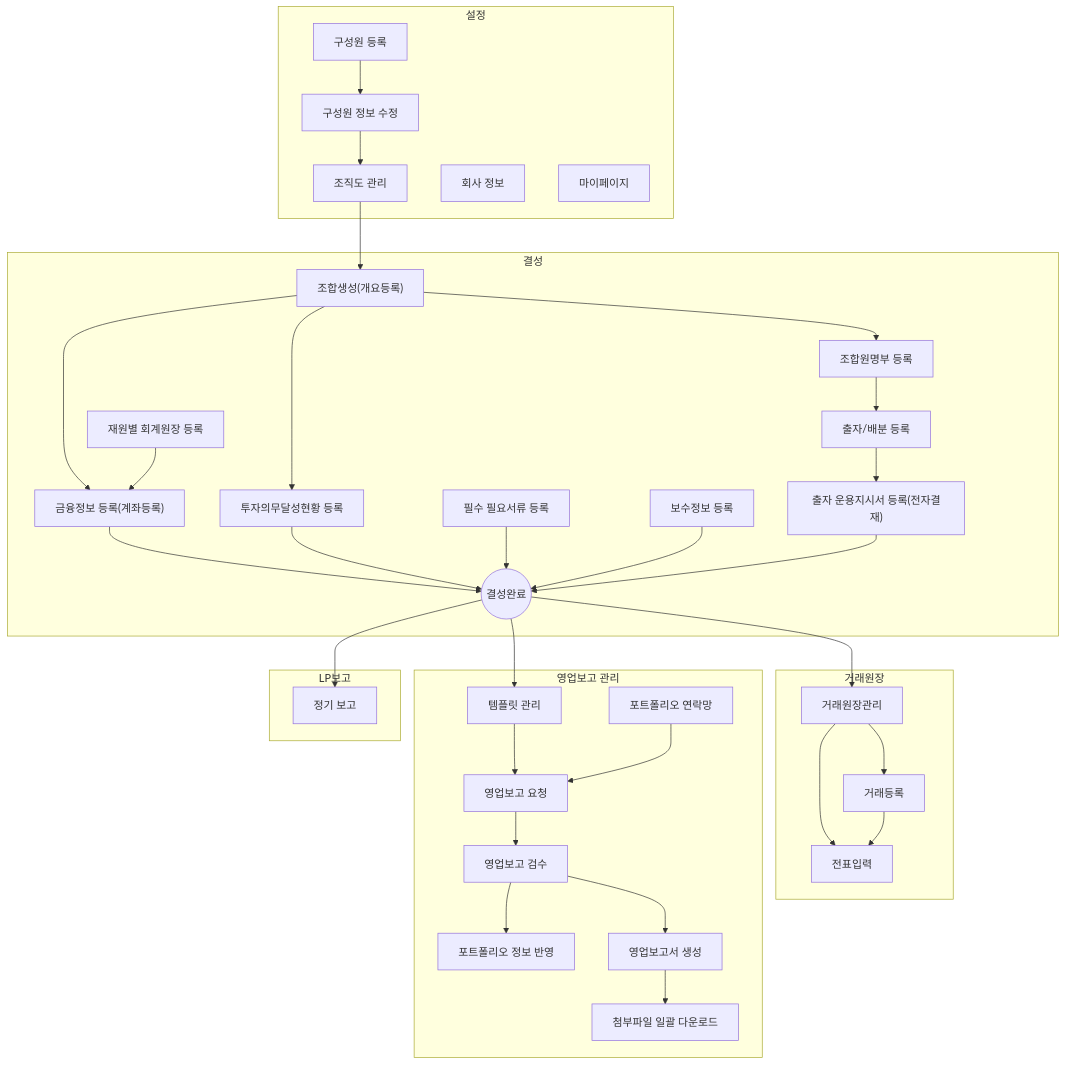
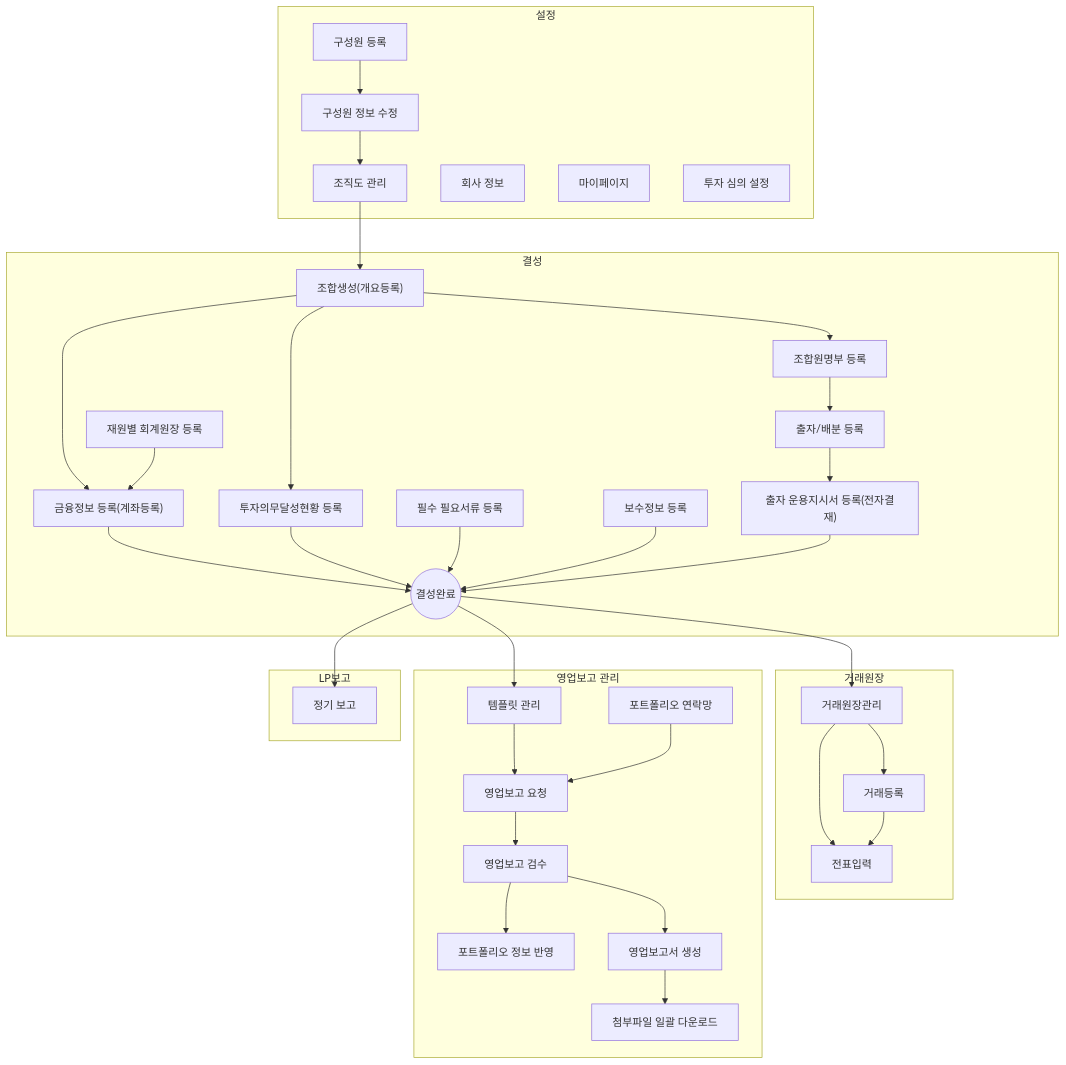
Before and after one commit to ddock-ddock/ddock-ddock.github.io: the diagram in _tabs/manager-start.md, drawn with Mermaid. The commit also changed other lines of this file and 25 other files, not shown here.

```diff
--- a/_tabs/manager-start.md
+++ b/_tabs/manager-start.md
@@ -99,6 +99,7 @@
         hr0007["조직도 관리"]
         se0051["회사 정보"]
         my0001["마이페이지"]
+        vs_settings["투자 심의 설정"]
   end
  subgraph s2["결성"]
         fd0001["조합생성(개요등록)"]
@@ -158,6 +159,7 @@
     click hr0007 "{% post_url 2024-07-02-hr0007 %}"
     click se0051 "{% post_url 2026-04-21-se0051 %}"
     click my0001 "{% post_url 2026-04-21-my0001 %}"
+    click vs_settings "{% post_url 2026-04-21-vs-settings %}"
     click br0007a "{% post_url 2026-04-21-br0007a %}"
     click br0011a "{% post_url 2026-04-21-br0011a %}"
     click fd0001 "{% post_url 2024-07-04-fd0001 %}"
```
